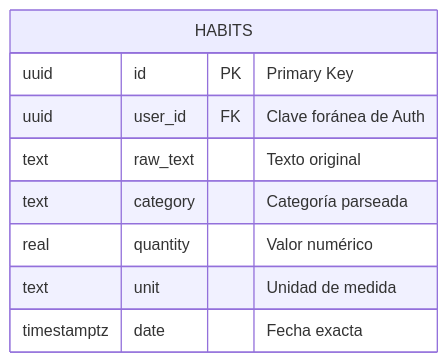
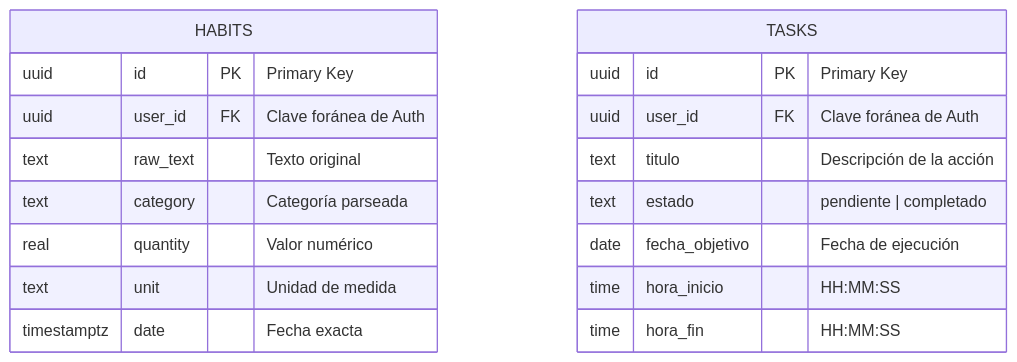
Before and after one commit to lukacha3/smart-habit-tracker: the second of 2 diagrams in README.md, drawn with Mermaid. The commit also changed other lines of this file and 20 other files, not shown here.

````diff
--- a/README.md
+++ b/README.md
@@ -38,12 +63,21 @@
 ```mermaid
 erDiagram
     HABITS {
         uuid id PK "Primary Key"
         uuid user_id FK "Clave foránea de Auth"
         text raw_text "Texto original"
         text category "Categoría parseada"
         real quantity "Valor numérico"
         text unit "Unidad de medida"
         timestamptz date "Fecha exacta"
     }
+    TASKS {
+        uuid id PK "Primary Key"
+        uuid user_id FK "Clave foránea de Auth"
+        text titulo "Descripción de la acción"
+        text estado "pendiente | completado"
+        date fecha_objetivo "Fecha de ejecución"
+        time hora_inicio "HH:MM:SS"
+        time hora_fin "HH:MM:SS"
+    }
 ```
````
